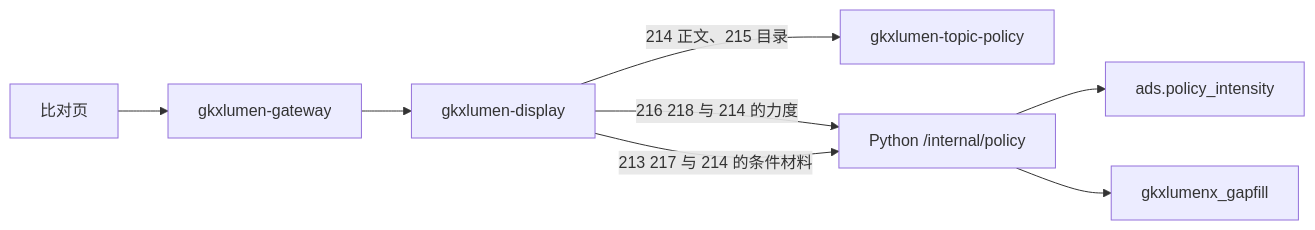
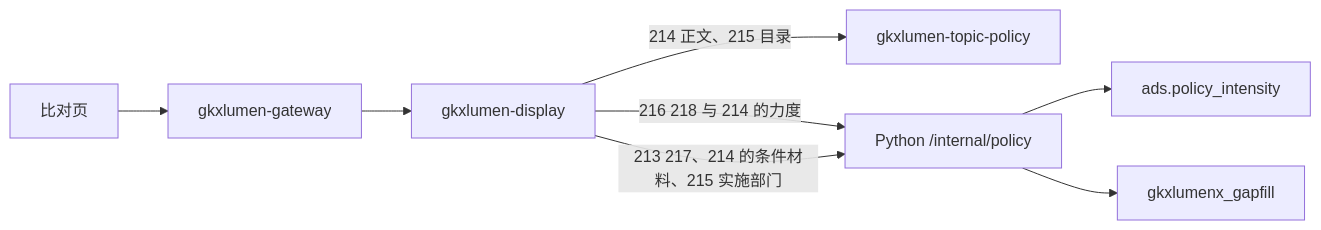
One commit to Marisolebxf/- changed the diagram in agent-delivery/agent-handoffs/科技政策跟踪-POL/sdd/l2/POL-L2-DS10-CMP-ARCH.md. Above: the diagram before and after it, drawn with Mermaid. The commit also changed other lines of this file and 2 other files, not shown here.

First line of the commit message:
docs(policy): 比对时点用发布时间，实施部门改缺项表 [agent:architect-agent]

````diff
--- a/agent-delivery/agent-handoffs/科技政策跟踪-POL/sdd/l2/POL-L2-DS10-CMP-ARCH.md
+++ b/agent-delivery/agent-handoffs/科技政策跟踪-POL/sdd/l2/POL-L2-DS10-CMP-ARCH.md
@@ -44,14 +45,14 @@
 ```mermaid
 flowchart LR
   fe["比对页"]
   gw["gkxlumen-gateway"]
   bff["gkxlumen-display"]
   tp["gkxlumen-topic-policy"]
   py["Python /internal/policy"]
   ads["ads.policy_intensity"]
   gap["gkxlumenx_gapfill"]
   fe --> gw --> bff
   bff -->|"214 正文、215 目录"| tp
   bff -->|"216 218 与 214 的力度"| py --> ads
-  bff -->|"213 217 与 214 的条件材料"| py --> gap
+  bff -->|"213 217、214 的条件材料、215 实施部门"| py --> gap
 ```
````
